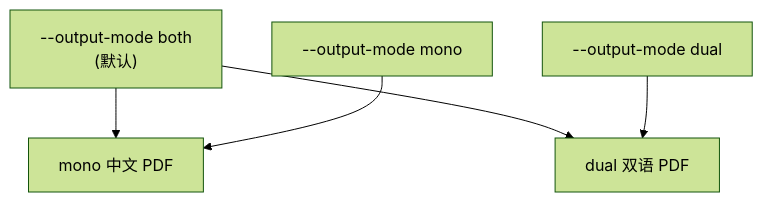
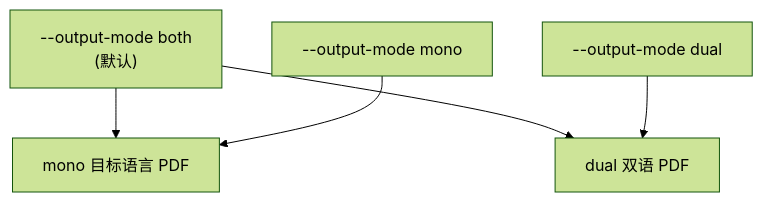
The second of 2 diagrams in docs/README_zh-CN.md (Chael-Chael/zotero-translate-skill), drawn with Mermaid (forest theme) before and after one commit. The commit also changed other lines of this file and 14 other files, not shown here.

````diff
--- a/docs/README_zh-CN.md
+++ b/docs/README_zh-CN.md
@@ -203,7 +206,7 @@
 ```mermaid
 flowchart TB
-    A["--output-mode both<br/>(默认)"] --> B["mono 中文 PDF"]
+    A["--output-mode both<br/>(默认)"] --> B["mono 目标语言 PDF"]
     A --> C["dual 双语 PDF"]
     D["--output-mode mono"] --> B
     E["--output-mode dual"] --> C
 ```
````
